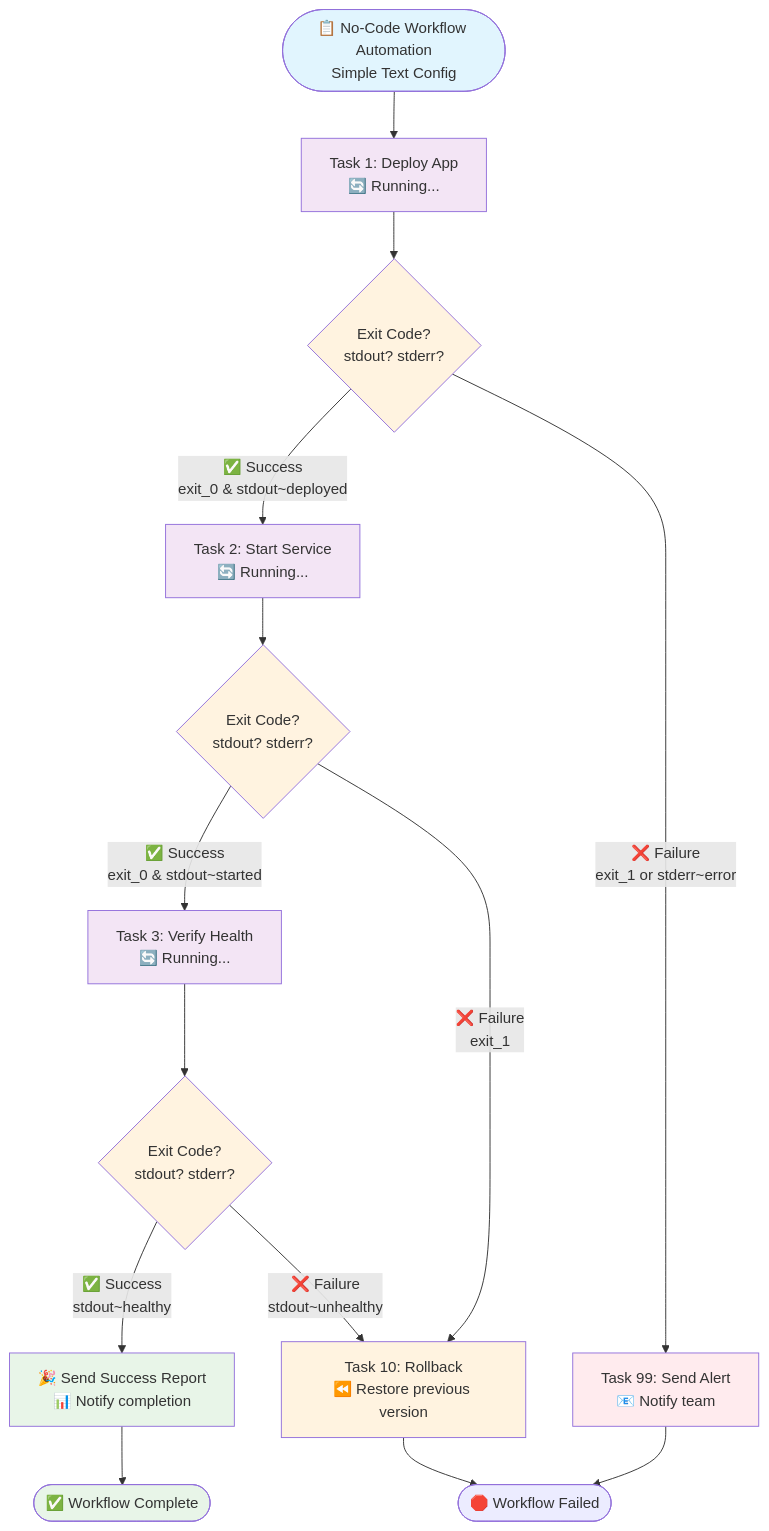
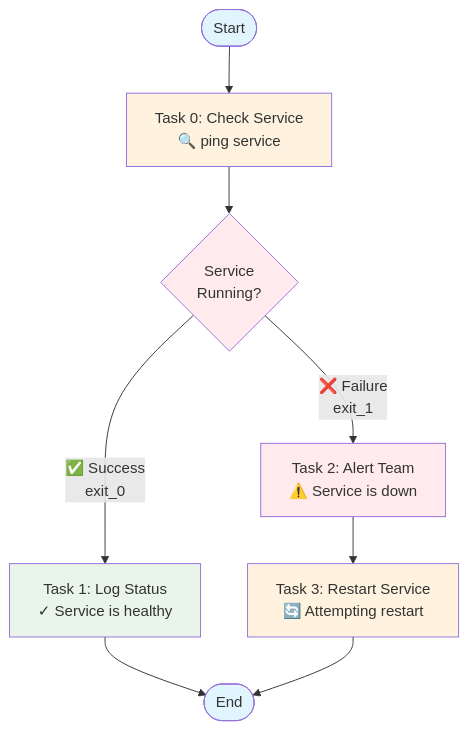
The first of 5 diagrams in README.md (bastelbude1/Tasker), drawn with Mermaid before and after one commit. The commit also changed other lines of this file, not shown here.

````diff
--- a/README.md
+++ b/README.md
@@ -5,32 +9,20 @@
 ```mermaid
 graph TD
-    Start([📋 No-Code Workflow Automation<br/>Simple Text Config]) --> T1[Task 1: Deploy App<br/>🔄 Running...]
-    T1 --> Check1{Exit Code?<br/>stdout? stderr?}
+    Start([Start]) --> T0[Task 0: Check Service<br/>🔍 ping service]
+    T0 --> Check{Service<br/>Running?}
 
-    Check1 -->|✅ Success<br/>exit_0 & stdout~deployed| T2[Task 2: Start Service<br/>🔄 Running...]
-    Check1 -->|❌ Failure<br/>exit_1 or stderr~error| Error[Task 99: Send Alert<br/>📧 Notify team]
+    Check -->|✅ Success<br/>exit_0| T1[Task 1: Log Status<br/>✓ Service is healthy]
+    Check -->|❌ Failure<br/>exit_1| T2[Task 2: Alert Team<br/>⚠️ Service is down]
 
-    T2 --> Check2{Exit Code?<br/>stdout? stderr?}
-    Check2 -->|✅ Success<br/>exit_0 & stdout~started| T3[Task 3: Verify Health<br/>🔄 Running...]
-    Check2 -->|❌ Failure<br/>exit_1| Rollback[Task 10: Rollback<br/>⏪ Restore previous version]
-
-    T3 --> Check3{Exit Code?<br/>stdout? stderr?}
-    Check3 -->|✅ Success<br/>stdout~healthy| Success[🎉 Send Success Report<br/>📊 Notify completion]
-    Check3 -->|❌ Failure<br/>stdout~unhealthy| Rollback
-
-    Error --> End([🛑 Workflow Failed])
-    Success --> Complete([✅ Workflow Complete])
-    Rollback --> End
+    T1 --> End([End])
+    T2 --> T3[Task 3: Restart Service<br/>🔄 Attempting restart]
+    T3 --> End
 
     style Start fill:#e1f5fe
-    style T1 fill:#f3e5f5
-    style T2 fill:#f3e5f5
-    style T3 fill:#f3e5f5
-    style Check1 fill:#fff3e0
-    style Check2 fill:#fff3e0
-    style Check3 fill:#fff3e0
-    style Success fill:#e8f5e8
-    style Error fill:#ffebee
-    style Rollback fill:#fff3e0
-    style Complete fill:#e8f5e8
+    style T0 fill:#fff3e0
+    style Check fill:#ffebee
+    style T1 fill:#e8f5e8
+    style T2 fill:#ffebee
+    style T3 fill:#fff3e0
+    style End fill:#e1f5fe
 ```
````
